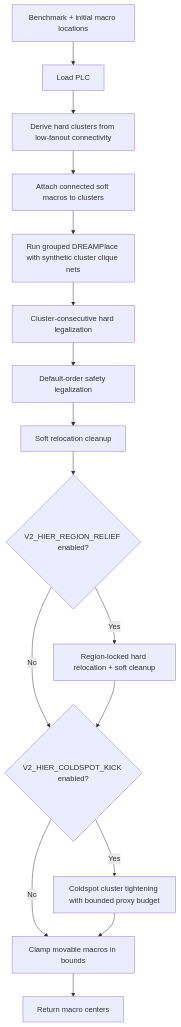
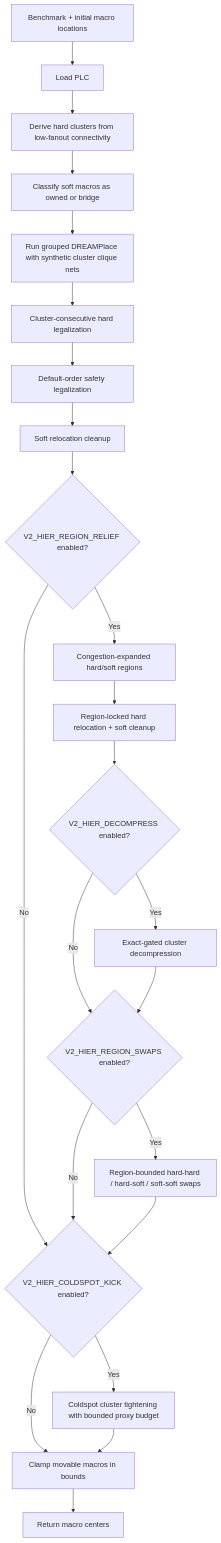
One commit to SameerSul/leetfm-macro-place-challenge-2026 changed the diagram in docs/general/DESIGN_FLOW.md. Above: the diagram before and after it, drawn with Mermaid. The commit also changed other lines of this file and 5 other files, not shown here.

````diff
--- a/docs/general/DESIGN_FLOW.md
+++ b/docs/general/DESIGN_FLOW.md
@@ -22,18 +22,25 @@
 ```mermaid
 flowchart TD
     A[Benchmark + initial macro locations] --> B[Load PLC]
     B --> C[Derive hard clusters from low-fanout connectivity]
-    C --> D[Attach connected soft macros to clusters]
+    C --> D[Classify soft macros as owned or bridge]
     D --> E[Run grouped DREAMPlace with synthetic cluster clique nets]
     E --> F[Cluster-consecutive hard legalization]
     F --> G[Default-order safety legalization]
     G --> H[Soft relocation cleanup]
     H --> I{V2_HIER_REGION_RELIEF enabled?}
-    I -->|Yes| J[Region-locked hard relocation + soft cleanup]
+    I -->|Yes| R[Congestion-expanded hard/soft regions]
+    R --> J[Region-locked hard relocation + soft cleanup]
     I -->|No| K
-    J --> K{V2_HIER_COLDSPOT_KICK enabled?}
+    J --> U{V2_HIER_DECOMPRESS enabled?}
+    U -->|Yes| V[Exact-gated cluster decompression]
+    U -->|No| S
+    V --> S{V2_HIER_REGION_SWAPS enabled?}
+    S -->|Yes| T[Region-bounded hard-hard / hard-soft / soft-soft swaps]
+    S -->|No| K
+    T --> K{V2_HIER_COLDSPOT_KICK enabled?}
     K -->|Yes| L[Coldspot cluster tightening with bounded proxy budget]
     K -->|No| M[Clamp movable macros in bounds]
     L --> M
     M --> N[Return macro centers]
 ```
````
